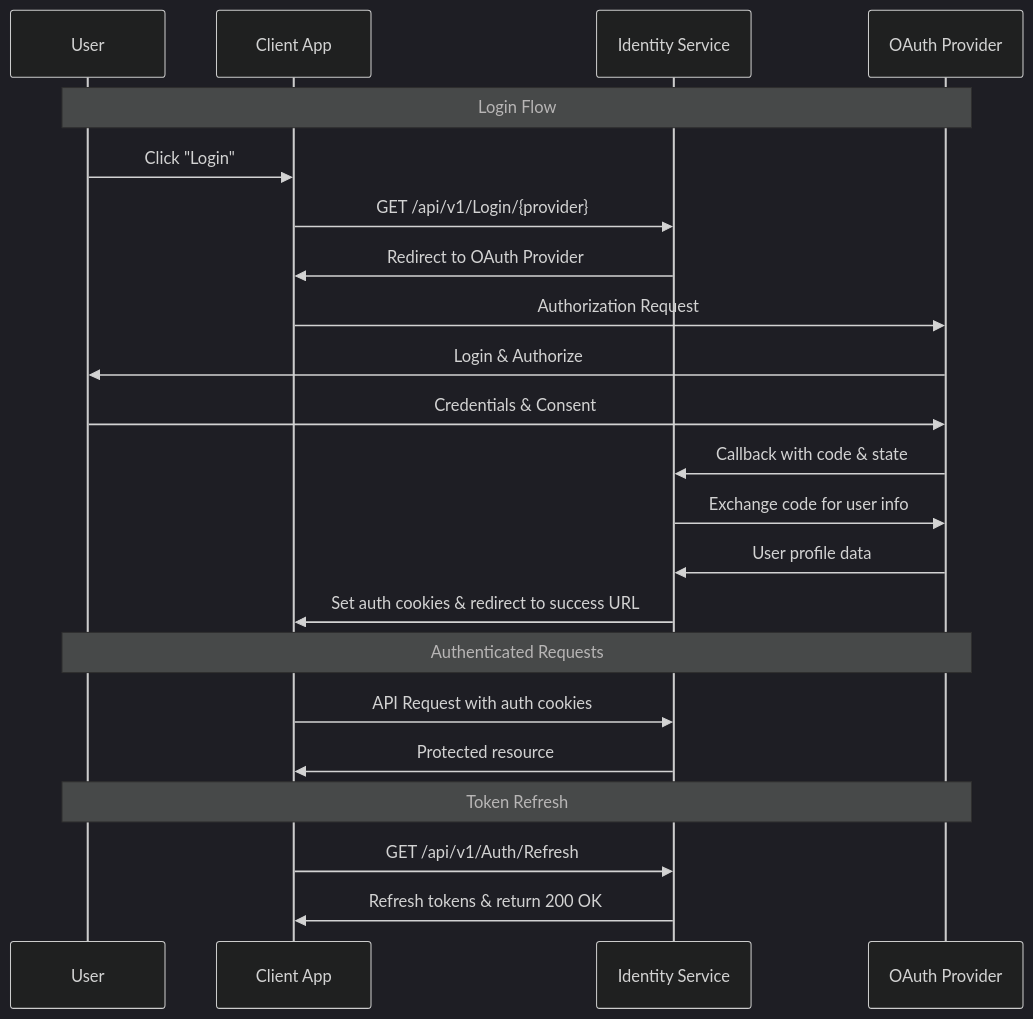
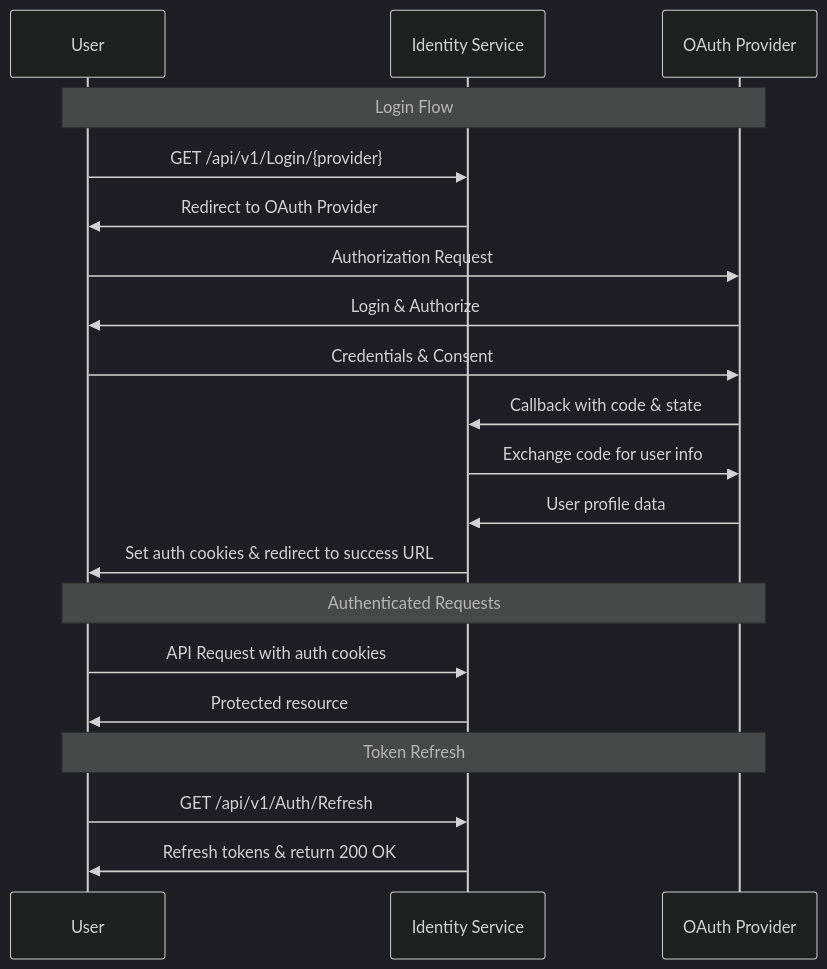
The diagram in README.md (CarlMichelsen/Identity), drawn with Mermaid (dark theme) before and after one commit. The commit also changed other lines of this file and 4 other files, not shown here.

Commit message:
Added license file and a modified sequence diagram in README

````diff
--- a/README.md
+++ b/README.md
@@ -38,27 +38,25 @@
 ```mermaid
 sequenceDiagram
     participant User
-    participant Client as Client App
     participant API as Identity Service
     participant Provider as OAuth Provider
 
     Note over User,Provider: Login Flow
-    User->>Client: Click "Login"
-    Client->>API: GET /api/v1/Login/{provider}
-    API->>Client: Redirect to OAuth Provider
-    Client->>Provider: Authorization Request
+    User->>API: GET /api/v1/Login/{provider}
+    API->>User: Redirect to OAuth Provider
+    User->>Provider: Authorization Request
     Provider->>User: Login & Authorize
     User->>Provider: Credentials & Consent
     Provider->>API: Callback with code & state
     API->>Provider: Exchange code for user info
     Provider->>API: User profile data
-    API->>Client: Set auth cookies & redirect to success URL
+    API->>User: Set auth cookies & redirect to success URL
     
     Note over User,Provider: Authenticated Requests
-    Client->>API: API Request with auth cookies
-    API->>Client: Protected resource
+    User->>API: API Request with auth cookies
+    API->>User: Protected resource
 
     Note over User,Provider: Token Refresh
-    Client->>API: GET /api/v1/Auth/Refresh
-    API->>Client: Refresh tokens & return 200 OK
+    User->>API: GET /api/v1/Auth/Refresh
+    API->>User: Refresh tokens & return 200 OK
 ```
````
